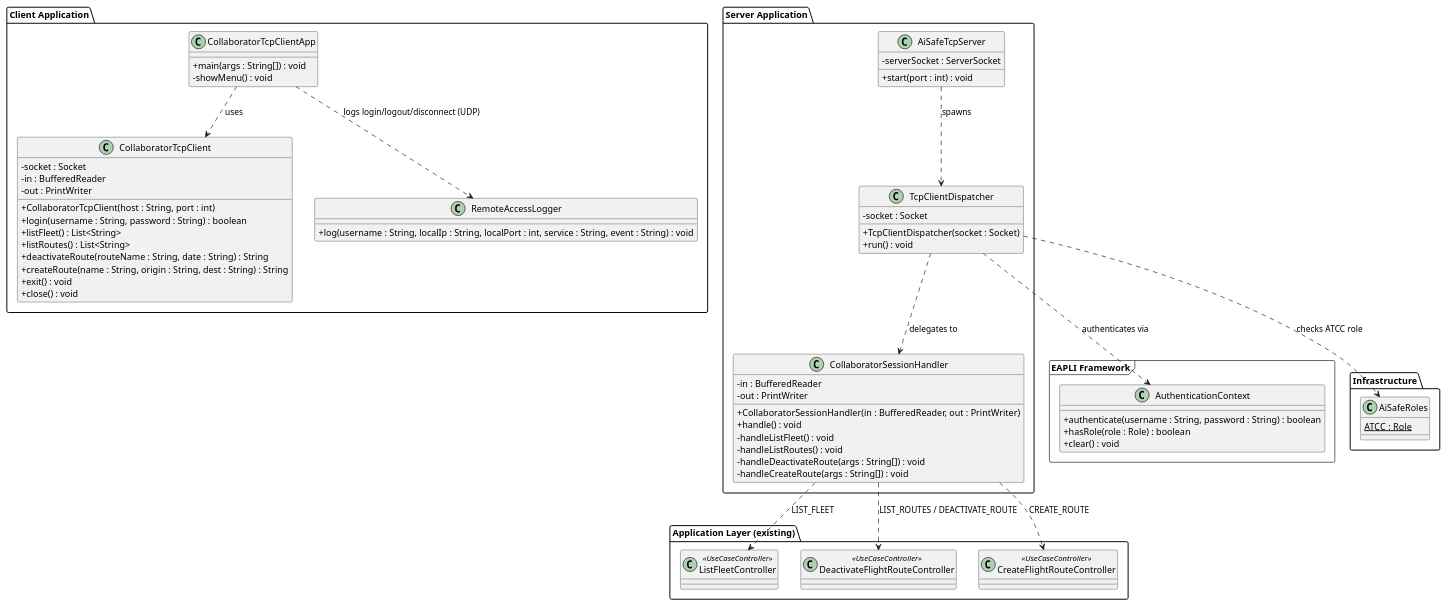
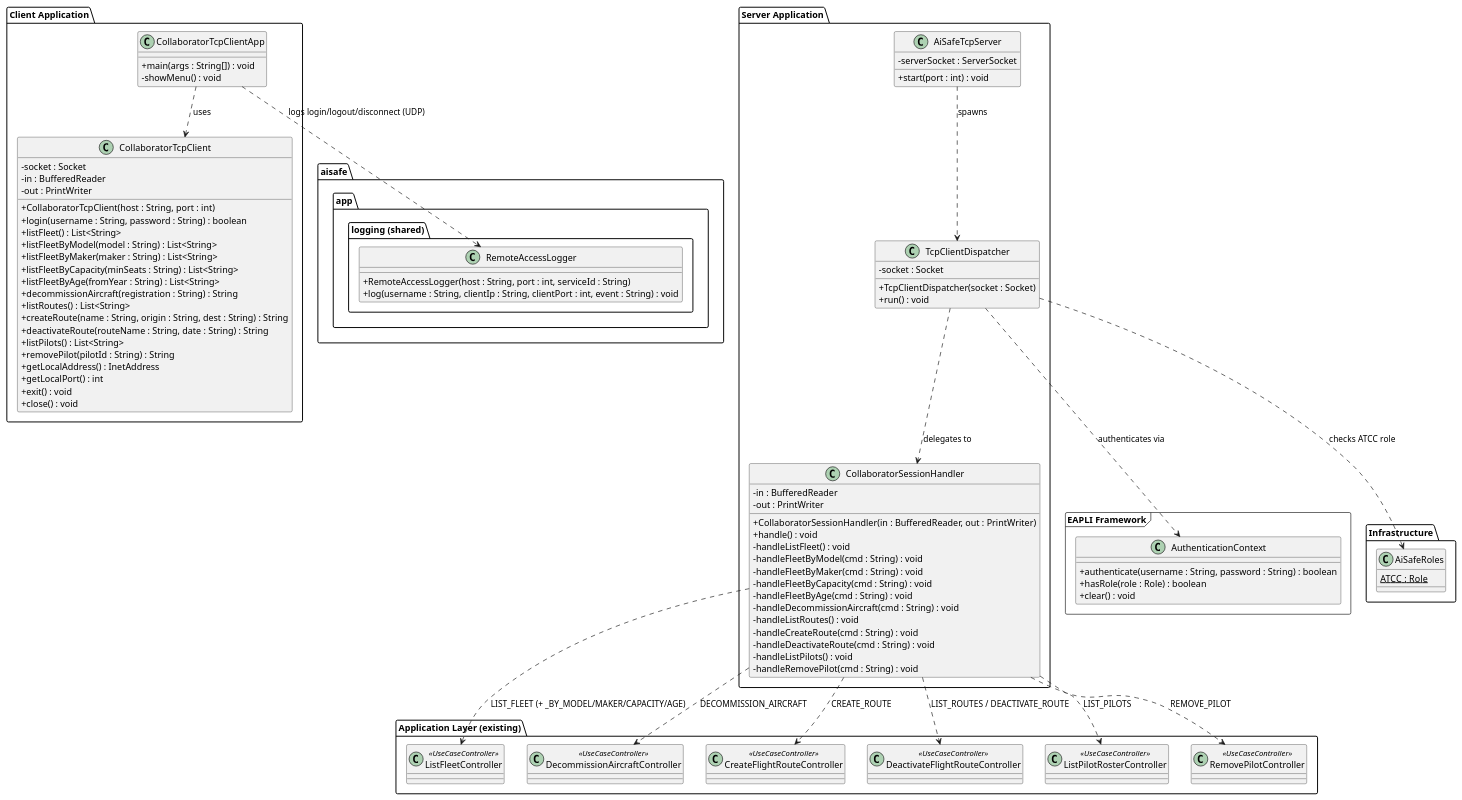
One commit to brunodspinto/aisafe changed the diagram in aisafe.base/docs/user-stories/us078/puml/US078-class-diagram.puml. Above: the diagram before and after it, drawn with PlantUML. The commit also changed 7 other files, not shown here.

Commit message:
#73 feat: enhance command handling and logging in CollaboratorSessionHandler

```diff
--- a/aisafe.base/docs/user-stories/us078/puml/US078-class-diagram.puml
+++ b/aisafe.base/docs/user-stories/us078/puml/US078-class-diagram.puml
@@ -1,84 +1,109 @@
 @startuml class-diagram-us078
 skinparam shadowing false
 skinparam classAttributeIconSize 0
 
 package "Client Application" {
     class CollaboratorTcpClientApp {
         +main(args : String[]) : void
         -showMenu() : void
     }
 
     class CollaboratorTcpClient {
         -socket : Socket
         -in : BufferedReader
         -out : PrintWriter
         +CollaboratorTcpClient(host : String, port : int)
         +login(username : String, password : String) : boolean
         +listFleet() : List<String>
+        +listFleetByModel(model : String) : List<String>
+        +listFleetByMaker(maker : String) : List<String>
+        +listFleetByCapacity(minSeats : String) : List<String>
+        +listFleetByAge(fromYear : String) : List<String>
+        +decommissionAircraft(registration : String) : String
         +listRoutes() : List<String>
+        +createRoute(name : String, origin : String, dest : String) : String
         +deactivateRoute(routeName : String, date : String) : String
-        +createRoute(name : String, origin : String, dest : String) : String
+        +listPilots() : List<String>
+        +removePilot(pilotId : String) : String
+        +getLocalAddress() : InetAddress
+        +getLocalPort() : int
         +exit() : void
         +close() : void
     }
+}
 
+package "aisafe.app.logging (shared)" {
     class RemoteAccessLogger {
-        +log(username : String, localIp : String, localPort : int, service : String, event : String) : void
+        +RemoteAccessLogger(host : String, port : int, serviceId : String)
+        +log(username : String, clientIp : String, clientPort : int, event : String) : void
     }
 }
 
 package "Server Application" {
     class AiSafeTcpServer {
         -serverSocket : ServerSocket
         +start(port : int) : void
     }
 
     class TcpClientDispatcher {
         -socket : Socket
         +TcpClientDispatcher(socket : Socket)
         +run() : void
     }
 
     class CollaboratorSessionHandler {
         -in : BufferedReader
         -out : PrintWriter
         +CollaboratorSessionHandler(in : BufferedReader, out : PrintWriter)
         +handle() : void
         -handleListFleet() : void
+        -handleFleetByModel(cmd : String) : void
+        -handleFleetByMaker(cmd : String) : void
+        -handleFleetByCapacity(cmd : String) : void
+        -handleFleetByAge(cmd : String) : void
+        -handleDecommissionAircraft(cmd : String) : void
         -handleListRoutes() : void
-        -handleDeactivateRoute(args : String[]) : void
-        -handleCreateRoute(args : String[]) : void
+        -handleCreateRoute(cmd : String) : void
+        -handleDeactivateRoute(cmd : String) : void
+        -handleListPilots() : void
+        -handleRemovePilot(cmd : String) : void
     }
 }
 
 package "Application Layer (existing)" {
     class ListFleetController <<UseCaseController>>
+    class DecommissionAircraftController <<UseCaseController>>
+    class CreateFlightRouteController <<UseCaseController>>
     class DeactivateFlightRouteController <<UseCaseController>>
-    class CreateFlightRouteController <<UseCaseController>>
+    class ListPilotRosterController <<UseCaseController>>
+    class RemovePilotController <<UseCaseController>>
 }
 
 package "EAPLI Framework" <<frame>> {
     class AuthenticationContext {
         +authenticate(username : String, password : String) : boolean
         +hasRole(role : Role) : boolean
         +clear() : void
     }
 }
 
 package "Infrastructure" {
     class AiSafeRoles {
         {static} ATCC : Role
     }
 }
 
 CollaboratorTcpClientApp ..> CollaboratorTcpClient : uses
 CollaboratorTcpClientApp ..> RemoteAccessLogger : logs login/logout/disconnect (UDP)
 AiSafeTcpServer ..> TcpClientDispatcher : spawns
 TcpClientDispatcher ..> AuthenticationContext : authenticates via
 TcpClientDispatcher ..> AiSafeRoles : checks ATCC role
 TcpClientDispatcher ..> CollaboratorSessionHandler : delegates to
-CollaboratorSessionHandler ..> ListFleetController : LIST_FLEET
+CollaboratorSessionHandler ..> ListFleetController : LIST_FLEET (+ _BY_MODEL/MAKER/CAPACITY/AGE)
+CollaboratorSessionHandler ..> DecommissionAircraftController : DECOMMISSION_AIRCRAFT
+CollaboratorSessionHandler ..> CreateFlightRouteController : CREATE_ROUTE
 CollaboratorSessionHandler ..> DeactivateFlightRouteController : LIST_ROUTES / DEACTIVATE_ROUTE
-CollaboratorSessionHandler ..> CreateFlightRouteController : CREATE_ROUTE
+CollaboratorSessionHandler ..> ListPilotRosterController : LIST_PILOTS
+CollaboratorSessionHandler ..> RemovePilotController : REMOVE_PILOT
 
 @enduml
```
